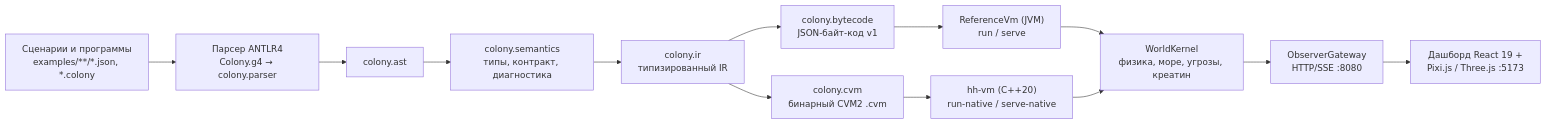
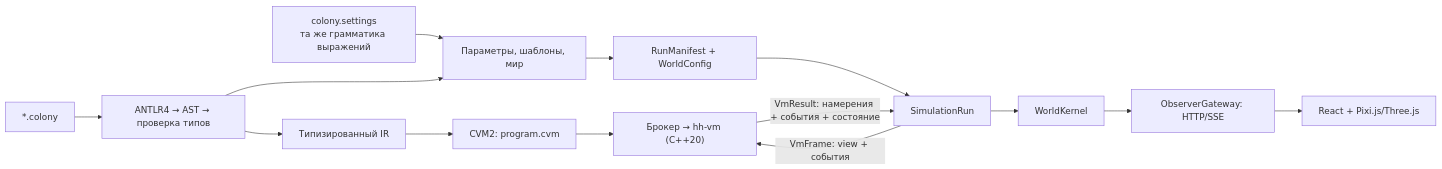
One commit to FeToR1/hadleys-hope-simulator changed the second of 3 diagrams in docs/architecture.md. Above: the diagram before and after it, drawn with Mermaid. The commit also changed other lines of this file and 109 other files, not shown here.

Commit message:
feat: add Colony settings and retain only CVM2

````diff
--- a/docs/architecture.md
+++ b/docs/architecture.md
@@ -67,15 +67,16 @@
 ```mermaid
 flowchart LR
-    SRC["Сценарии и программы<br/>examples/**/*.json, *.colony"] --> P["Парсер ANTLR4<br/>Colony.g4 → colony.parser"]
-    P --> AST["colony.ast"]
-    AST --> SEM["colony.semantics<br/>типы, контракт, диагностика"]
-    SEM --> IR["colony.ir<br/>типизированный IR"]
-    IR --> B["colony.bytecode<br/>JSON-байт-код v1"]
-    IR --> C["colony.cvm<br/>бинарный CVM2 .cvm"]
-    B --> REF["ReferenceVm (JVM)<br/>run / serve"]
-    C --> HH["hh-vm (C++20)<br/>run-native / serve-native"]
-    REF --> WK["WorldKernel<br/>физика, море, угрозы, креатин"]
-    HH --> WK
-    WK --> GW["ObserverGateway<br/>HTTP/SSE :8080"]
-    GW --> UI["Дашборд React 19 +<br/>Pixi.js / Three.js :5173"]
+    SRC["*.colony"] --> P["ANTLR4 → AST → проверка типов"]
+    P --> IR["Типизированный IR"]
+    IR --> C["CVM2: program.cvm"]
+    SETTINGS["colony.settings<br/>та же грамматика выражений"] --> BIND["Параметры, шаблоны, мир"]
+    P --> BIND
+    BIND --> MANIFEST["RunManifest + WorldConfig"]
+    C --> HH["Брокер → hh-vm (C++20)"]
+    MANIFEST --> RUN["SimulationRun"]
+    RUN -->|"VmFrame: view + события"| HH
+    HH -->|"VmResult: намерения + события + состояние"| RUN
+    RUN --> WK["WorldKernel"]
+    WK --> GW["ObserverGateway: HTTP/SSE"]
+    GW --> UI["React + Pixi.js/Three.js"]
 ```
````
